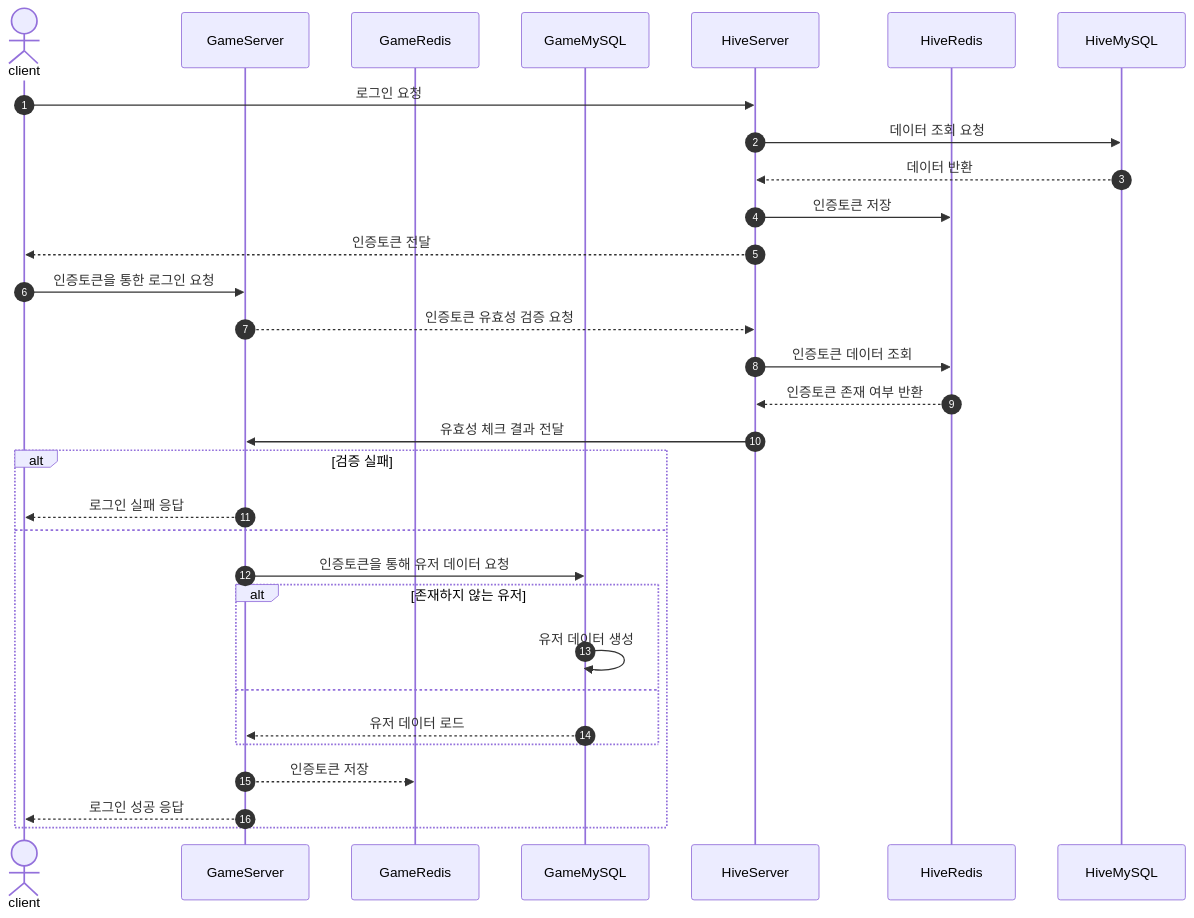
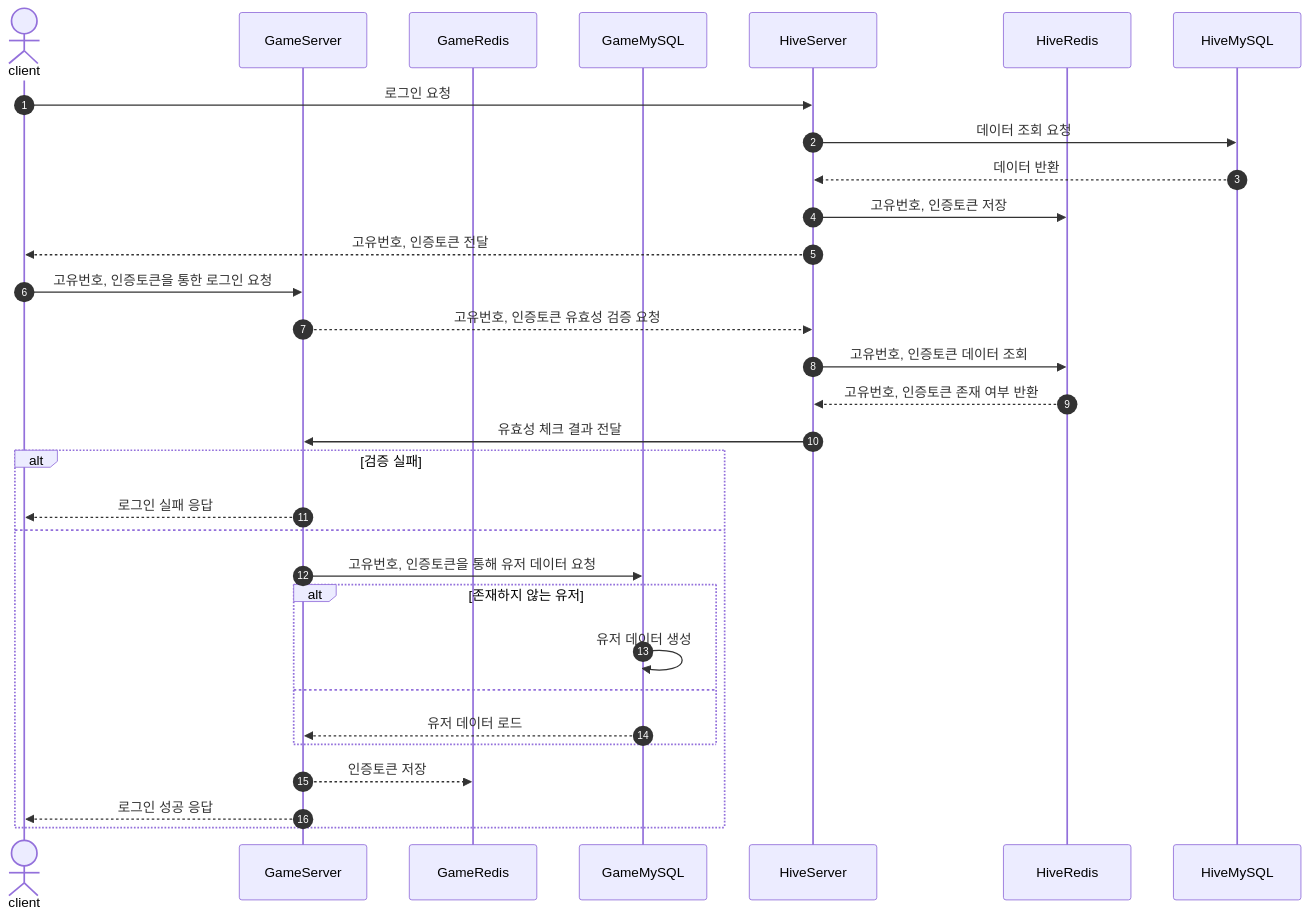
One commit to hhes0225/OmokServer changed the second of 2 diagrams in SequenceDiagram.md. Above: the diagram before and after it, drawn with Mermaid.

````diff
--- a/SequenceDiagram.md
+++ b/SequenceDiagram.md
@@ -16,33 +16,33 @@
 ```mermaid
 sequenceDiagram
   autonumber
   actor A as client
   participant B as GameServer
   participant C as GameRedis
   participant D as GameMySQL
   participant E as HiveServer
   participant F as HiveRedis
   participant G as HiveMySQL
   A->>E:로그인 요청
   E->>G: 데이터 조회 요청
   G-->>E: 데이터 반환
-  E->>F: 인증토큰 저장
-  E-->>A: 인증토큰 전달
-  A->>B: 인증토큰을 통한 로그인 요청
-  B-->>E: 인증토큰 유효성 검증 요청
-  E->>F: 인증토큰 데이터 조회
-  F-->>E: 인증토큰 존재 여부 반환
+  E->>F: 고유번호, 인증토큰 저장
+  E-->>A: 고유번호, 인증토큰 전달
+  A->>B: 고유번호, 인증토큰을 통한 로그인 요청
+  B-->>E: 고유번호, 인증토큰 유효성 검증 요청
+  E->>F: 고유번호, 인증토큰 데이터 조회
+  F-->>E: 고유번호, 인증토큰 존재 여부 반환
   E->>B: 유효성 체크 결과 전달
   alt 검증 실패
       B-->>A: 로그인 실패 응답
   else
-      B->>D: 인증토큰을 통해 유저 데이터 요청
+      B->>D: 고유번호, 인증토큰을 통해 유저 데이터 요청
       alt 존재하지 않는 유저
           D->>D: 유저 데이터 생성
       else
           D-->>B: 유저 데이터 로드
       end
       B-->>C: 인증토큰 저장
       B-->>A: 로그인 성공 응답
   end
 ```
````
